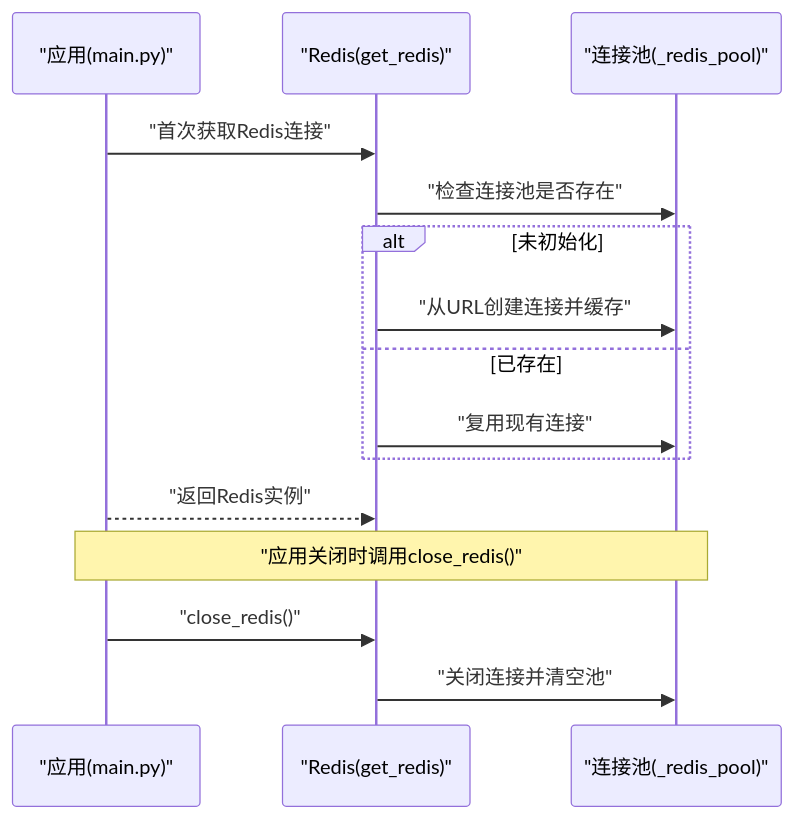
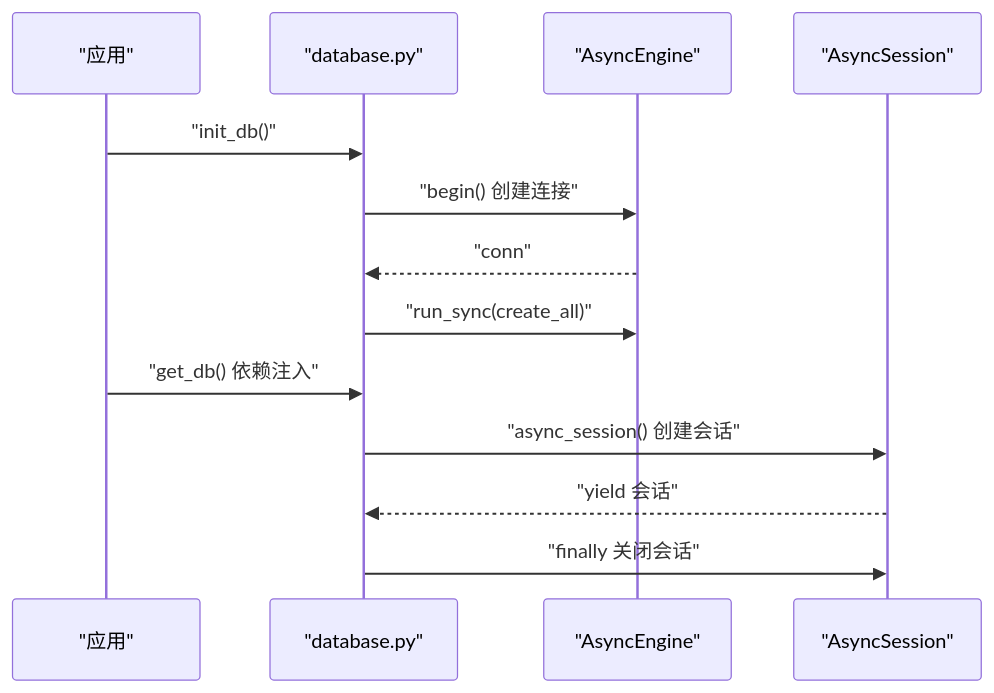
The fifth of 11 diagrams in .qoder/repowiki/zh/content/后端开发/FastAPI应用架构.md (We3le7/stock-view), drawn with Mermaid before and after one commit. The commit also changed other lines of this file and 142 other files, not shown here.

````diff
--- a/.qoder/repowiki/zh/content/后端开发/FastAPI应用架构.md
+++ b/.qoder/repowiki/zh/content/后端开发/FastAPI应用架构.md
@@ -176,17 +230,15 @@
 ```mermaid
 sequenceDiagram
-participant A as "应用(main.py)"
-participant R as "Redis(get_redis)"
-participant P as "连接池(_redis_pool)"
-A->>R : "首次获取Redis连接"
-R->>P : "检查连接池是否存在"
-alt 未初始化
-R->>P : "从URL创建连接并缓存"
-else 已存在
-R->>P : "复用现有连接"
-end
-A-->>R : "返回Redis实例"
-Note over A,P : "应用关闭时调用close_redis()"
-A->>R : "close_redis()"
-R->>P : "关闭连接并清空池"
+participant App as "应用"
+participant DB as "database.py"
+participant Engine as "AsyncEngine"
+participant Session as "AsyncSession"
+App->>DB : "init_db()"
+DB->>Engine : "begin() 创建连接"
+Engine-->>DB : "conn"
+DB->>Engine : "run_sync(create_all)"
+App->>DB : "get_db() 依赖注入"
+DB->>Session : "async_session() 创建会话"
+Session-->>DB : "yield 会话"
+DB->>Session : "finally 关闭会话"
 ```
````
